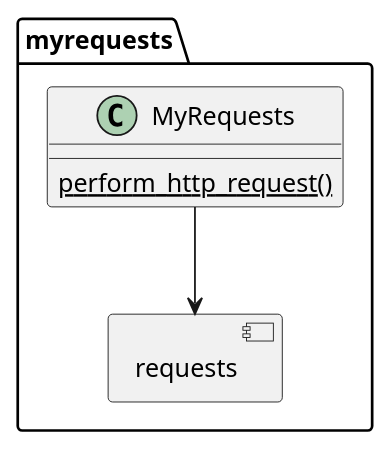
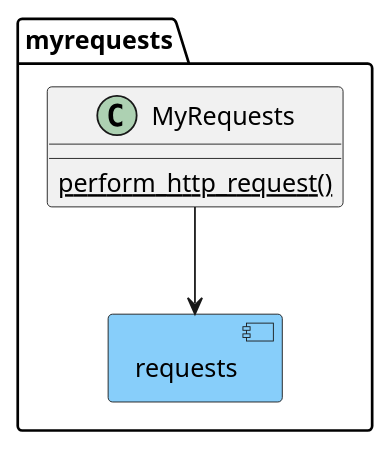
Before and after one commit to martin-ueding/vigilant-crypto-snatch: the diagram in docs/dev/graphs/myrequests.puml, drawn with PlantUML. The commit also changed 6 other files, not shown here.

Commit message:
Add graph with components

```diff
--- a/docs/dev/graphs/myrequests.puml
+++ b/docs/dev/graphs/myrequests.puml
@@ -1,10 +1,10 @@
 @startuml
 allowmixing
 namespace myrequests {
-    component requests
+    component requests #lightskyblue
     class MyRequests {
         {static} perform_http_request()
     }
     MyRequests --> requests
 }
 @enduml
```
